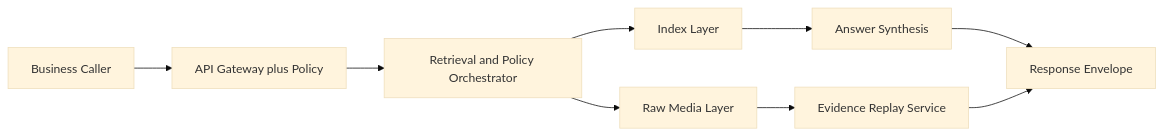
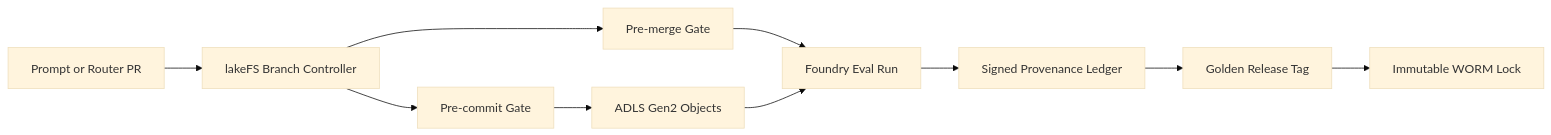
The first of 2 diagrams in docs/azure-agent-infra/eval-corpus-versioning-lineage-lakefs-adls-zero-copy-vs-foundry-ml-data-assets-vs-delta-dvc-selection-faq.en.md (turbo998/ai-infra-lab), drawn with Mermaid (base theme) before and after one commit. The commit also changed other lines of this file and 1 other file, not shown here.

Commit message:
fix(azure-agent-infra): rewrite #456 with genuine lakeFS/Foundry/Delta eval corpus SA prose

````diff
--- a/docs/azure-agent-infra/eval-corpus-versioning-lineage-lakefs-adls-zero-copy-vs-foundry-ml-data-assets-vs-delta-dvc-selection-faq.en.md
+++ b/docs/azure-agent-infra/eval-corpus-versioning-lineage-lakefs-adls-zero-copy-vs-foundry-ml-data-assets-vs-delta-dvc-selection-faq.en.md
@@ -60,11 +53,12 @@
 ```mermaid
 flowchart LR
-  User[Business Caller] --> Gateway[API Gateway plus Policy]
-  Gateway --> Planner[Retrieval and Policy Orchestrator]
-  Planner --> Index[Index Layer]
-  Planner --> Blob[Raw Media Layer]
-  Index --> Answer[Answer Synthesis]
-  Blob --> Evidence[Evidence Replay Service]
-  Answer --> Output[Response Envelope]
-  Evidence --> Output
+  RepoPR[Prompt or Router PR] --> BranchCtl[lakeFS Branch Controller]
+  BranchCtl --> GateA[Pre-commit Gate]
+  BranchCtl --> GateB[Pre-merge Gate]
+  GateA --> ObjStore[ADLS Gen2 Objects]
+  GateB --> EvalRun[Foundry Eval Run]
+  ObjStore --> EvalRun
+  EvalRun --> Ledger[Signed Provenance Ledger]
+  Ledger --> Release[Golden Release Tag]
+  Release --> WORM[Immutable WORM Lock]
 ```
````
